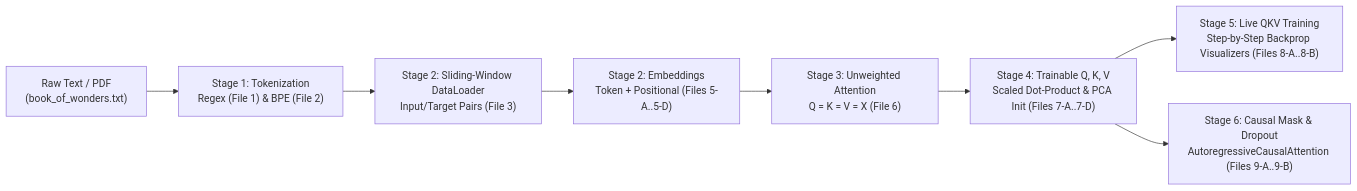
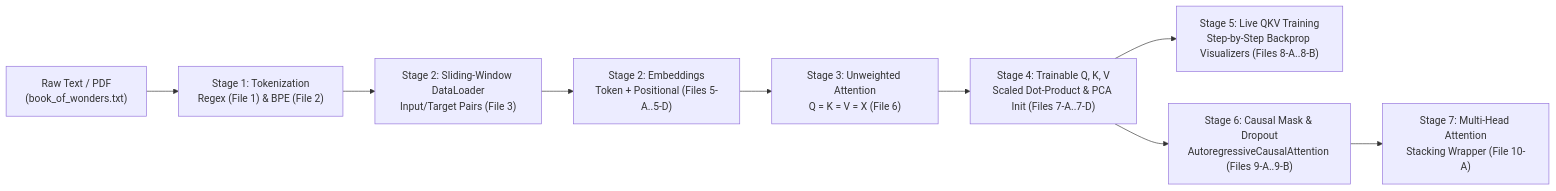
One commit to a-ramakrishnan/tokenize_to_Q_K_V changed the diagram in README.md. Above: the diagram before and after it, drawn with Mermaid. The commit also changed other lines of this file and 1 other file, not shown here.

Commit message:
Add File 10-A: Multi-Head Attention via stacking CausalAttention heads

````diff
--- a/README.md
+++ b/README.md
@@ -25,10 +25,11 @@
 ```mermaid
 flowchart LR
     A["Raw Text / PDF<br/>(book_of_wonders.txt)"] --> B["Stage 1: Tokenization<br/>Regex (File 1) & BPE (File 2)"]
     B --> C["Stage 2: Sliding-Window DataLoader<br/>Input/Target Pairs (File 3)"]
     C --> D["Stage 2: Embeddings<br/>Token + Positional (Files 5-A..5-D)"]
     D --> E["Stage 3: Unweighted Attention<br/>Q = K = V = X (File 6)"]
     E --> F["Stage 4: Trainable Q, K, V<br/>Scaled Dot-Product & PCA Init (Files 7-A..7-D)"]
     F --> G["Stage 5: Live QKV Training<br/>Step-by-Step Backprop Visualizers (Files 8-A..8-B)"]
     F --> H["Stage 6: Causal Mask & Dropout<br/>AutoregressiveCausalAttention (Files 9-A..9-B)"]
+    H --> I["Stage 7: Multi-Head Attention<br/>Stacking Wrapper (File 10-A)"]
 ```
````
